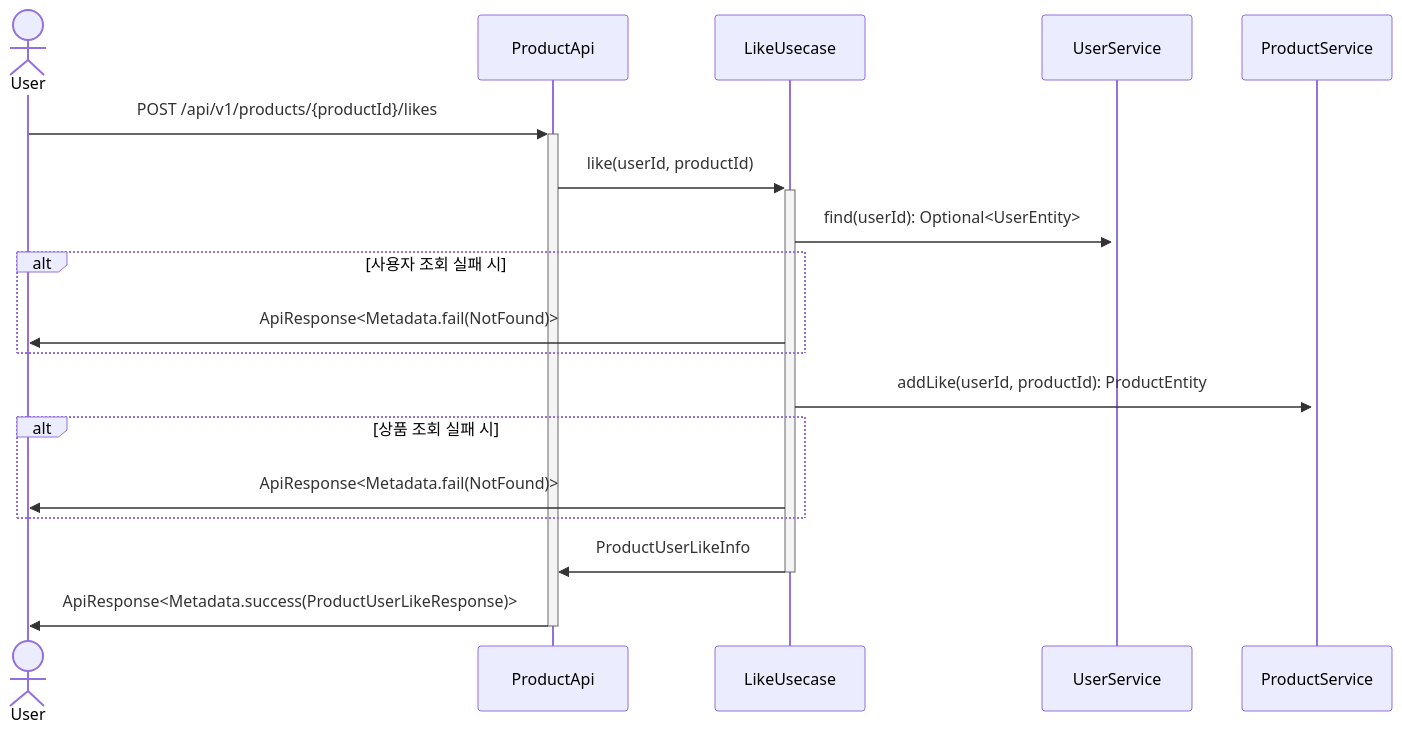
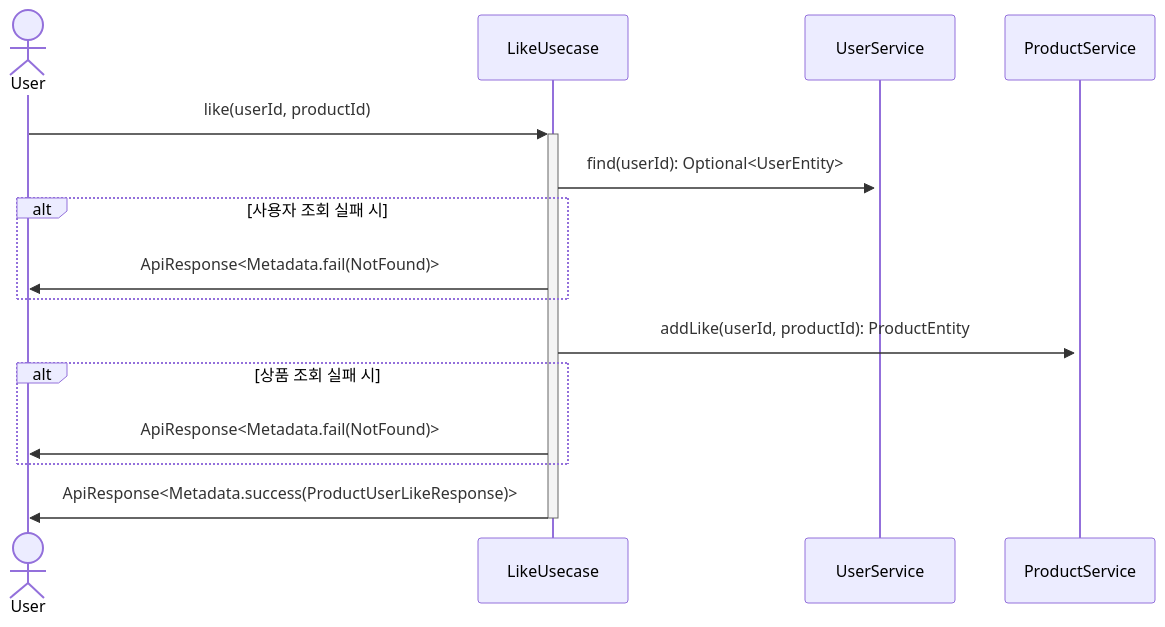
One commit to Iol-lshh/loopers_be_practice_byjava changed the fourth of 10 diagrams in docs/design/02-sequence-diagrams.md. Above: the diagram before and after it, drawn with Mermaid. The commit also changed other lines of this file and 70 other files, not shown here.

````diff
--- a/docs/design/02-sequence-diagrams.md
+++ b/docs/design/02-sequence-diagrams.md
@@ -77,16 +70,14 @@
 ```mermaid
 sequenceDiagram
     actor User
-    User->>+ProductApi: POST /api/v1/products/{productId}/likes
-    ProductApi->>+LikeUsecase: like(userId, productId)
+    User->>+LikeUsecase: like(userId, productId)
     LikeUsecase->>+UserService: find(userId): Optional<UserEntity>
     alt 사용자 조회 실패 시
         LikeUsecase->>User: ApiResponse<Metadata.fail(NotFound)>
     end
     LikeUsecase->>+ProductService: addLike(userId, productId): ProductEntity
     alt 상품 조회 실패 시
         LikeUsecase->>User: ApiResponse<Metadata.fail(NotFound)>
     end
-    LikeUsecase->>-ProductApi: ProductUserLikeInfo
-    ProductApi->>-User: ApiResponse<Metadata.success(ProductUserLikeResponse)>
+    LikeUsecase->>-User: ApiResponse<Metadata.success(ProductUserLikeResponse)>
 ```
````
